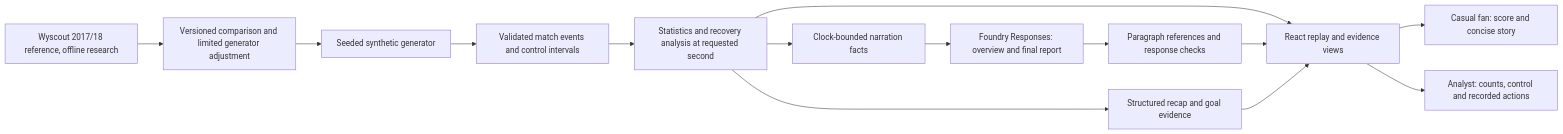
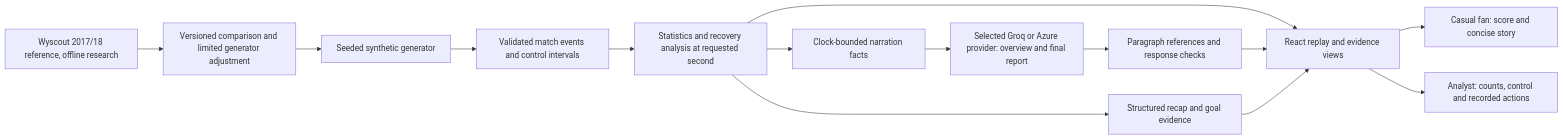
The diagram in docs/submission-draft.md (adrian3gtz-debug/Appebb), drawn with Mermaid before and after one commit. The commit also changed other lines of this file and 24 other files, not shown here.

Commit message:
feat: add Groq provider for evidence-grounded narration

````diff
--- a/docs/submission-draft.md
+++ b/docs/submission-draft.md
@@ -64,16 +72,16 @@
 ```mermaid
 flowchart LR
   G[Seeded synthetic generator] --> M[Validated match events and control intervals]
   M --> A[Statistics and recovery analysis at requested second]
   A --> R[Structured recap and goal evidence]
   A --> UI[React replay and evidence views]
   A --> N[Clock-bounded narration facts]
-  N --> L[Foundry Responses: overview and final report]
+  N --> L[Selected Groq or Azure provider: overview and final report]
   L --> C[Paragraph references and response checks]
   C --> UI
   R --> UI
   UI --> F[Casual fan: score and concise story]
   UI --> X[Analyst: counts, control and recorded actions]
   W[Wyscout 2017/18 reference, offline research] --> V[Versioned comparison and limited generator adjustment]
   V --> G
 ```
````
